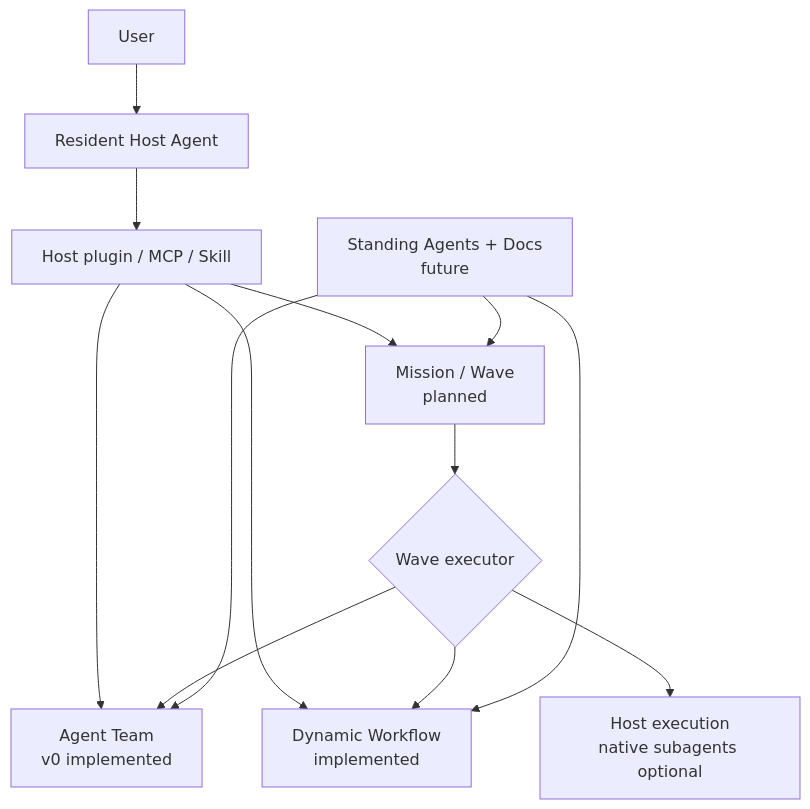
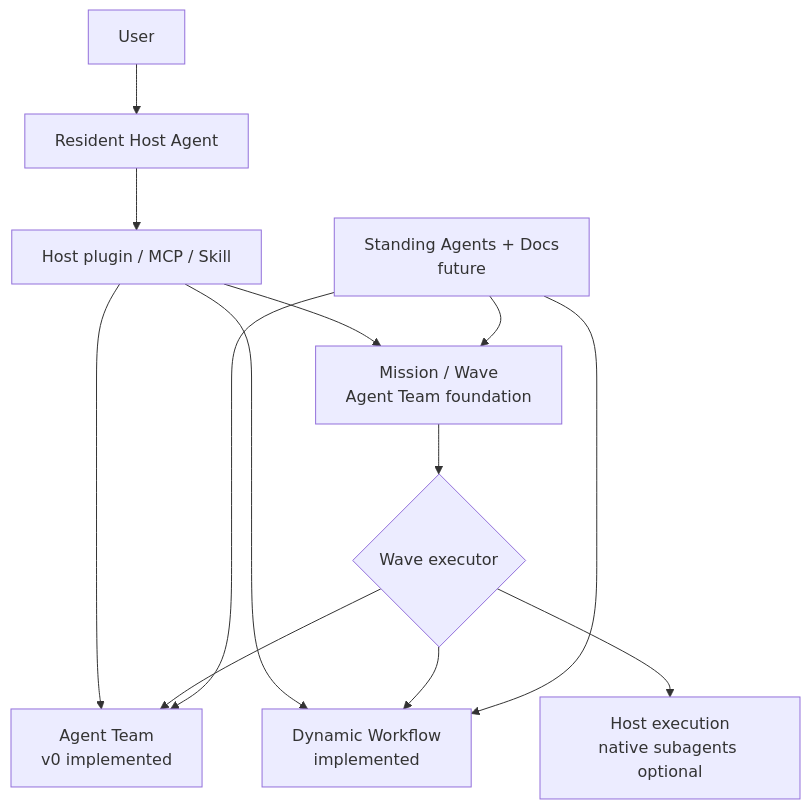
One commit to cyl19970726/multi-agent-harness changed the first of 4 diagrams in docs/architecture-map.md. Above: the diagram before and after it, drawn with Mermaid. The commit also changed other lines of this file and 37 other files, not shown here.

Commit message:
feat: add mission wave agent team foundation

````diff
--- a/docs/architecture-map.md
+++ b/docs/architecture-map.md
@@ -24,15 +24,15 @@
 ```mermaid
 flowchart TB
   User["User"] --> Host["Resident Host Agent"]
   Host --> Plugin["Host plugin / MCP / Skill"]
-  Plugin --> Mission["Mission / Wave<br/>planned"]
+  Plugin --> Mission["Mission / Wave<br/>Agent Team foundation"]
   Plugin --> Workflow["Dynamic Workflow<br/>implemented"]
   Plugin --> Team["Agent Team<br/>v0 implemented"]
   Mission --> Choice{"Wave executor"}
   Choice --> Team
   Choice --> Workflow
   Choice --> Direct["Host execution<br/>native subagents optional"]
   Standing["Standing Agents + Docs<br/>future"] --> Mission
   Standing --> Workflow
   Standing --> Team
 ```
````
